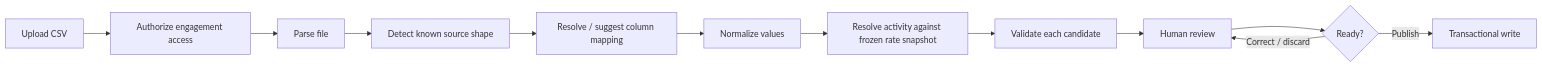
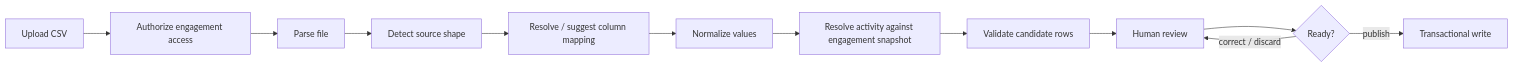
The diagram in docs/CSV_IMPORT_PIPELINE.md (JohnGPaulIV/daubert-platform-showcase), drawn with Mermaid before and after one commit. The commit also changed other lines of this file and 20 other files, not shown here.

````diff
--- a/docs/CSV_IMPORT_PIPELINE.md
+++ b/docs/CSV_IMPORT_PIPELINE.md
@@ -7,14 +7,14 @@
 ```mermaid
 flowchart LR
     U[Upload CSV] --> A[Authorize engagement access]
     A --> P[Parse file]
-    P --> D[Detect known source shape]
+    P --> D[Detect source shape]
     D --> M[Resolve / suggest column mapping]
     M --> N[Normalize values]
-    N --> R[Resolve activity against frozen rate snapshot]
-    R --> V[Validate each candidate]
+    N --> R[Resolve activity against engagement snapshot]
+    R --> V[Validate candidate rows]
     V --> H[Human review]
     H --> C{Ready?}
-    C -->|Correct / discard| H
-    C -->|Publish| T[Transactional write]
+    C -->|correct / discard| H
+    C -->|publish| T[Transactional write]
 ```
````
